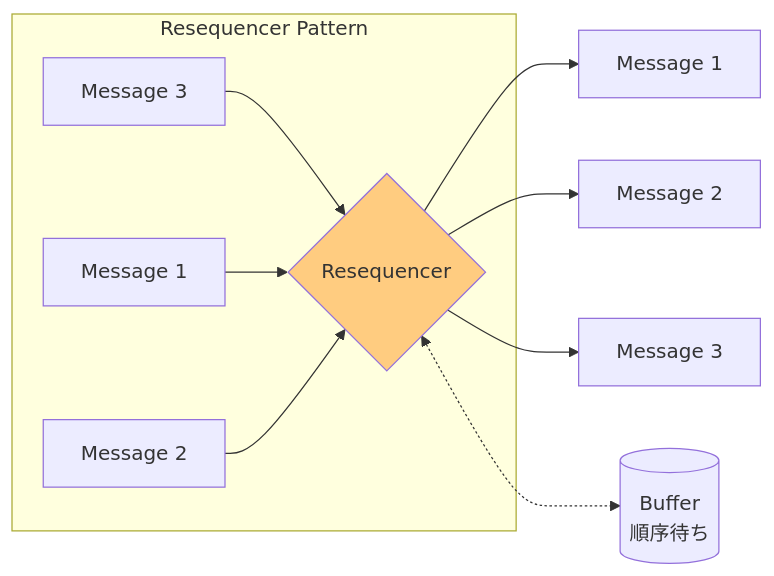
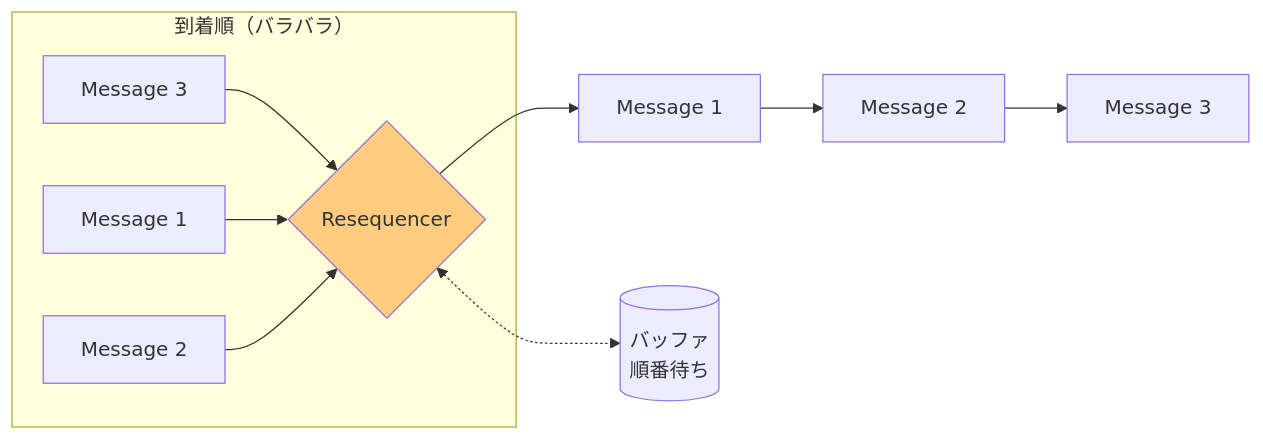
One commit to tomoikey/quartz changed the third of 4 diagrams in content/programming/reactive_messaging_pattern/simple-routers/resequencer.md. Above: the diagram before and after it, drawn with Mermaid. The commit also changed other lines of this file and 18 other files, not shown here.

````diff
--- a/content/programming/reactive_messaging_pattern/simple-routers/resequencer.md
+++ b/content/programming/reactive_messaging_pattern/simple-routers/resequencer.md
@@ -36,17 +82,17 @@
 ```mermaid
 graph LR
-    subgraph "Resequencer Pattern"
+    subgraph "到着順（バラバラ）"
         M3[Message 3] --> RS{Resequencer}
         M1[Message 1] --> RS
         M2[Message 2] --> RS
     end
 
     RS --> O1[Message 1]
-    RS --> O2[Message 2]
-    RS --> O3[Message 3]
+    O1 --> O2[Message 2]
+    O2 --> O3[Message 3]
 
-    BUF[(Buffer<br/>順序待ち)]
+    BUF[(バッファ<br/>順番待ち)]
     RS <-.-> BUF
 
     style RS fill:#ffcc80
 ```
````
